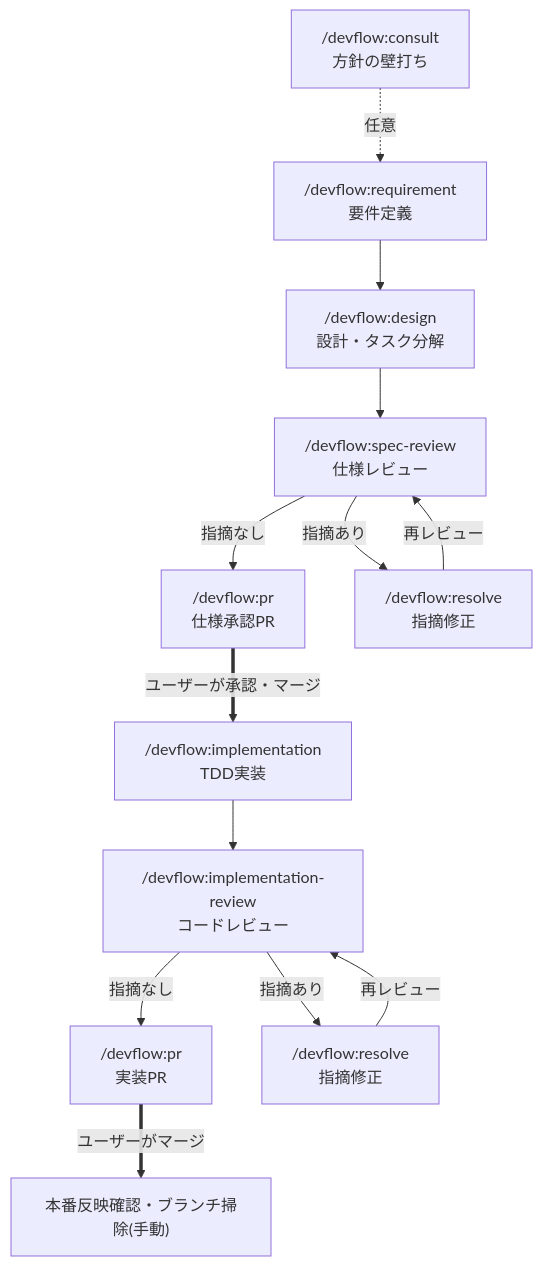
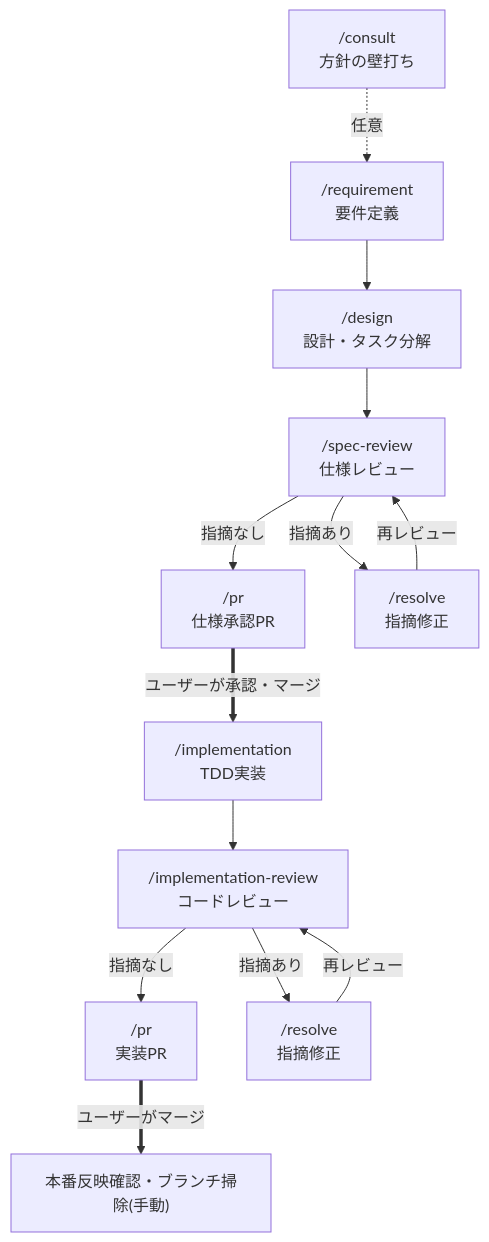
Before and after one commit to dnode-ryosuke-yamazaki/study: the first of 2 diagrams in .claude/skills/README.md, drawn with Mermaid. The commit also changed other lines of this file and 111 other files, not shown here.

````diff
--- a/.claude/skills/README.md
+++ b/.claude/skills/README.md
@@ -85,27 +85,27 @@
 ```mermaid
 flowchart TD
-    consult["/devflow:consult<br>方針の壁打ち"]
-    requirement["/devflow:requirement<br>要件定義"]
-    design["/devflow:design<br>設計・タスク分解"]
-    specreview["/devflow:spec-review<br>仕様レビュー"]
-    prspec["/devflow:pr<br>仕様承認PR"]
-    implementation["/devflow:implementation<br>TDD実装"]
-    implreview["/devflow:implementation-review<br>コードレビュー"]
-    primpl["/devflow:pr<br>実装PR"]
+    consult["/consult<br>方針の壁打ち"]
+    requirement["/requirement<br>要件定義"]
+    design["/design<br>設計・タスク分解"]
+    specreview["/spec-review<br>仕様レビュー"]
+    prspec["/pr<br>仕様承認PR"]
+    implementation["/implementation<br>TDD実装"]
+    implreview["/implementation-review<br>コードレビュー"]
+    primpl["/pr<br>実装PR"]
     release["本番反映確認・ブランチ掃除(手動)"]
-    resolve1["/devflow:resolve<br>指摘修正"]
-    resolve2["/devflow:resolve<br>指摘修正"]
+    resolve1["/resolve<br>指摘修正"]
+    resolve2["/resolve<br>指摘修正"]
 
     consult -.任意.-> requirement
     requirement --> design
     design --> specreview
     specreview -->|指摘あり| resolve1
     resolve1 -->|再レビュー| specreview
     specreview -->|指摘なし| prspec
     prspec ==>|ユーザーが承認・マージ| implementation
     implementation --> implreview
     implreview -->|指摘あり| resolve2
     resolve2 -->|再レビュー| implreview
     implreview -->|指摘なし| primpl
     primpl ==>|ユーザーがマージ| release
 ```
````
